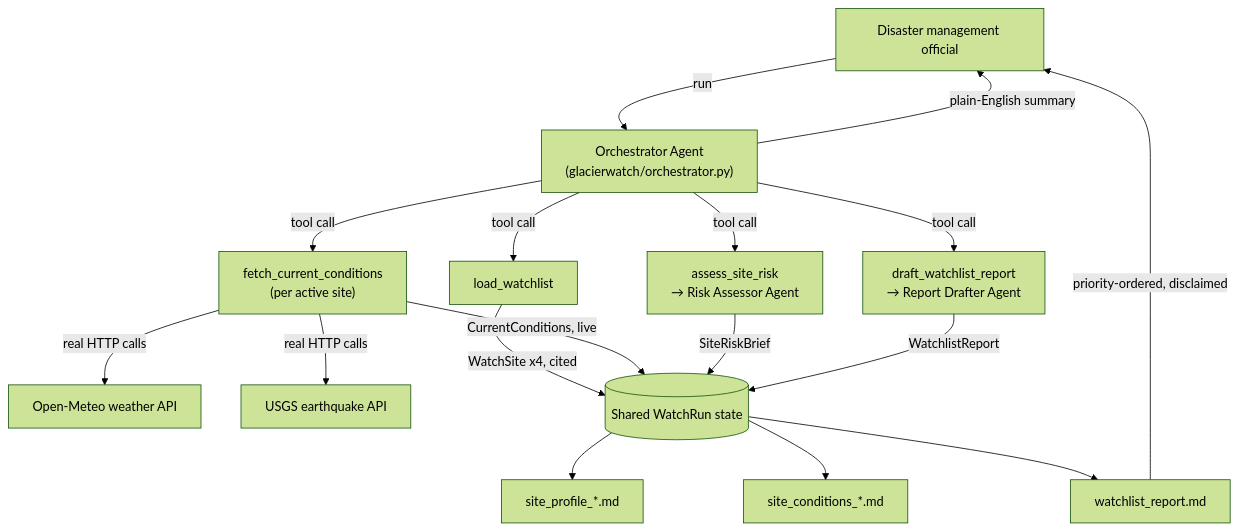
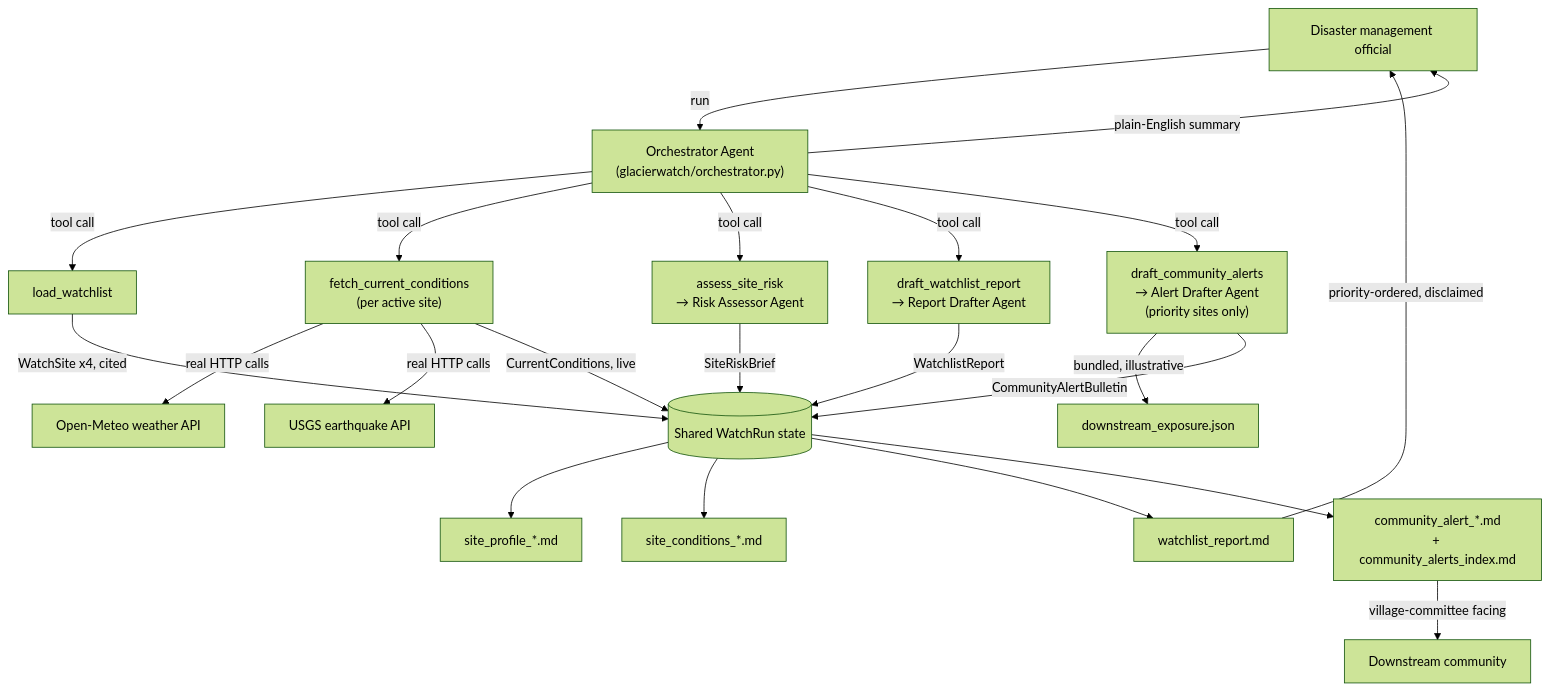
The diagram in GLACIERWATCH.md (akashtalole/Agents-for-Humans-Hackathon), drawn with Mermaid (forest theme) before and after one commit. The commit also changed other lines of this file and 10 other files, not shown here.

````diff
--- a/GLACIERWATCH.md
+++ b/GLACIERWATCH.md
@@ -30,24 +42,29 @@
 ```mermaid
 flowchart TD
     U[Disaster management official] -->|run| O["Orchestrator Agent\n(glacierwatch/orchestrator.py)"]
 
     O -->|tool call| L[load_watchlist]
     O -->|tool call| W["fetch_current_conditions\n(per active site)"]
     O -->|tool call| A["assess_site_risk\n→ Risk Assessor Agent"]
     O -->|tool call| D["draft_watchlist_report\n→ Report Drafter Agent"]
+    O -->|tool call| C["draft_community_alerts\n→ Alert Drafter Agent\n(priority sites only)"]
 
     W -->|real HTTP calls| API1[Open-Meteo weather API]
     W -->|real HTTP calls| API2[USGS earthquake API]
+    C -->|bundled, illustrative| API3[downstream_exposure.json]
 
     L -->|WatchSite x4, cited| J[(Shared WatchRun state)]
     W -->|CurrentConditions, live| J
     A -->|SiteRiskBrief| J
     D -->|WatchlistReport| J
+    C -->|CommunityAlertBulletin| J
 
     J --> F1[site_profile_*.md]
     J --> F2[site_conditions_*.md]
     J --> F3[watchlist_report.md]
+    J --> F4["community_alert_*.md\n+ community_alerts_index.md"]
 
     O -->|plain-English summary| U
     F3 -->|priority-ordered, disclaimed| U
+    F4 -->|village-committee facing| V[Downstream community]
 ```
````
